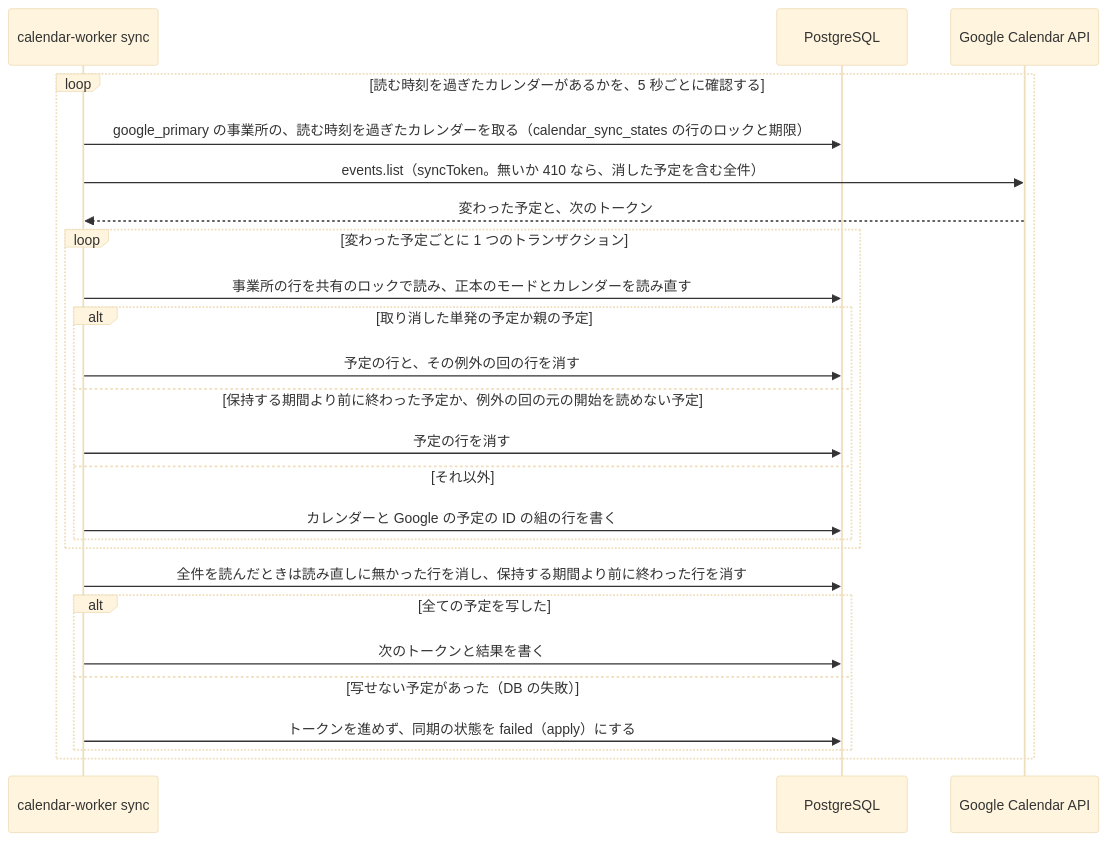
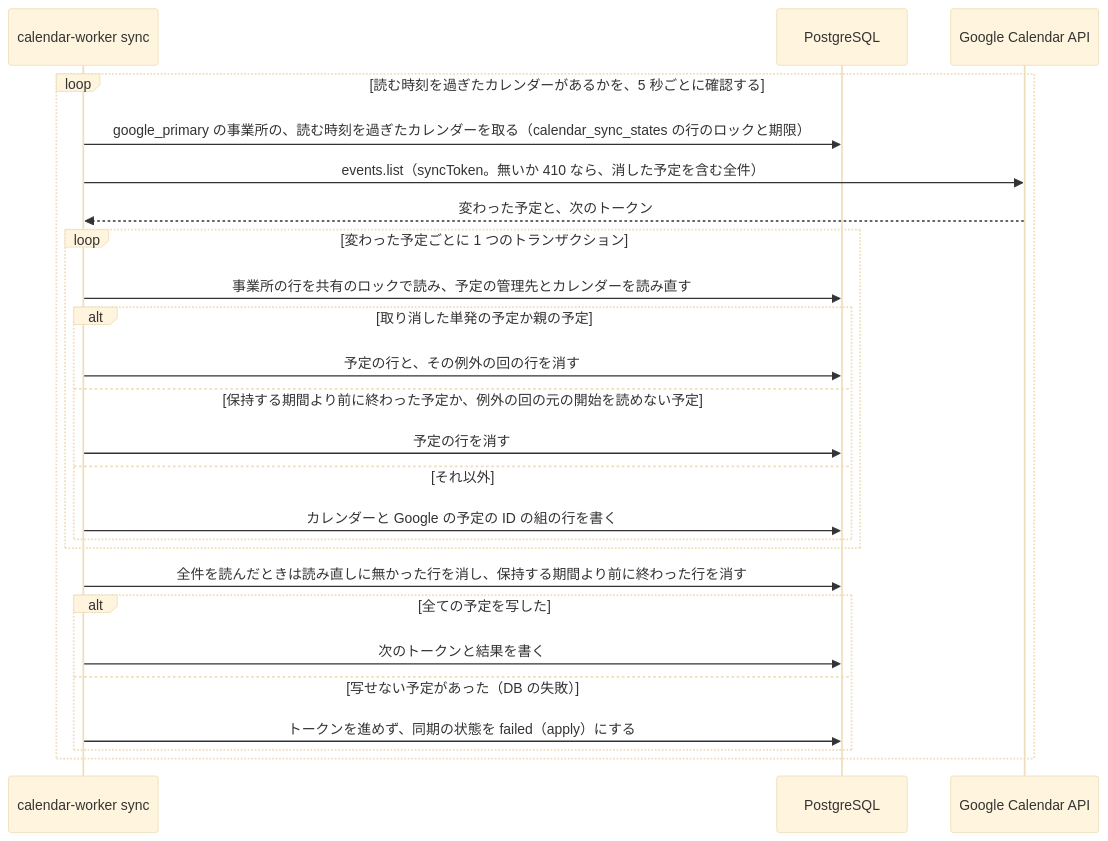
The fourth of 8 diagrams in services/schedule/internal/features/calendar/DesignDoc.md (Fukuemon/buddy), drawn with Mermaid (base theme) before and after one commit. The commit also changed other lines of this file and 39 other files, not shown here.

````diff
--- a/services/schedule/internal/features/calendar/DesignDoc.md
+++ b/services/schedule/internal/features/calendar/DesignDoc.md
@@ -647,27 +647,27 @@
 ```mermaid
 sequenceDiagram
   participant s as calendar-worker sync
   participant db as PostgreSQL
   participant g as Google Calendar API
   loop 読む時刻を過ぎたカレンダーがあるかを、5 秒ごとに確認する
     s->>db: google_primary の事業所の、読む時刻を過ぎたカレンダーを取る（calendar_sync_states の行のロックと期限）
     s->>g: events.list（syncToken。無いか 410 なら、消した予定を含む全件）
     g-->>s: 変わった予定と、次のトークン
     loop 変わった予定ごとに 1 つのトランザクション
-      s->>db: 事業所の行を共有のロックで読み、正本のモードとカレンダーを読み直す
+      s->>db: 事業所の行を共有のロックで読み、予定の管理先とカレンダーを読み直す
       alt 取り消した単発の予定か親の予定
         s->>db: 予定の行と、その例外の回の行を消す
       else 保持する期間より前に終わった予定か、例外の回の元の開始を読めない予定
         s->>db: 予定の行を消す
       else それ以外
         s->>db: カレンダーと Google の予定の ID の組の行を書く
       end
     end
     s->>db: 全件を読んだときは読み直しに無かった行を消し、保持する期間より前に終わった行を消す
     alt 全ての予定を写した
       s->>db: 次のトークンと結果を書く
     else 写せない予定があった（DB の失敗）
       s->>db: トークンを進めず、同期の状態を failed（apply）にする
     end
   end
 ```
````
